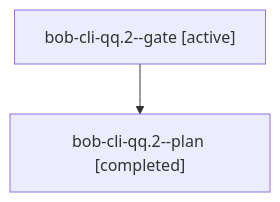
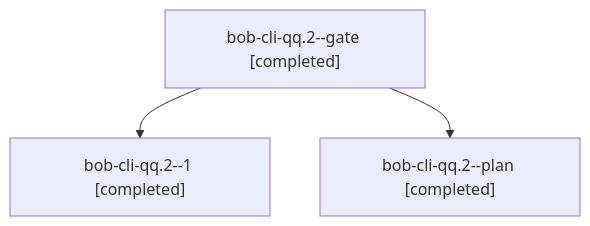
The diagram in sessions/bbugyi200.apollo.bob-cli-qq.2.md (bobs-org/bob-cli--agents), drawn with Mermaid before and after one commit. The commit also changed other lines of this file and 44 other files, not shown here.

````diff
--- a/sessions/bbugyi200.apollo.bob-cli-qq.2.md
+++ b/sessions/bbugyi200.apollo.bob-cli-qq.2.md
@@ -9,6 +9,8 @@
 ```mermaid
 flowchart TD
-  n0["bob-cli-qq.2--gate [active]"]
-  n1["bob-cli-qq.2--plan [completed]"]
+  n0["bob-cli-qq.2--gate [completed]"]
+  n1["bob-cli-qq.2--1 [completed]"]
   n0 --> n1
+  n2["bob-cli-qq.2--plan [completed]"]
+  n0 --> n2
 ```
````
